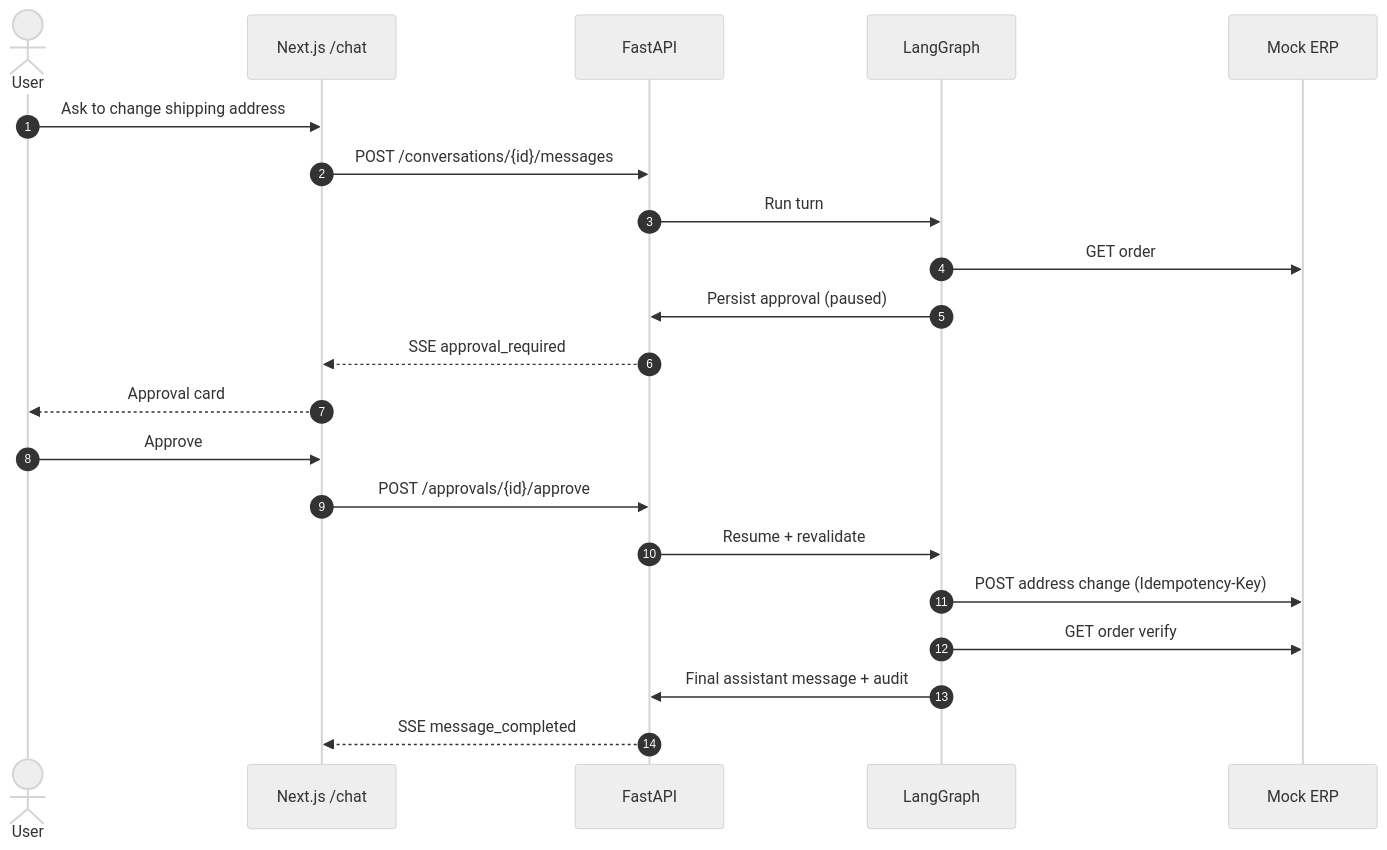
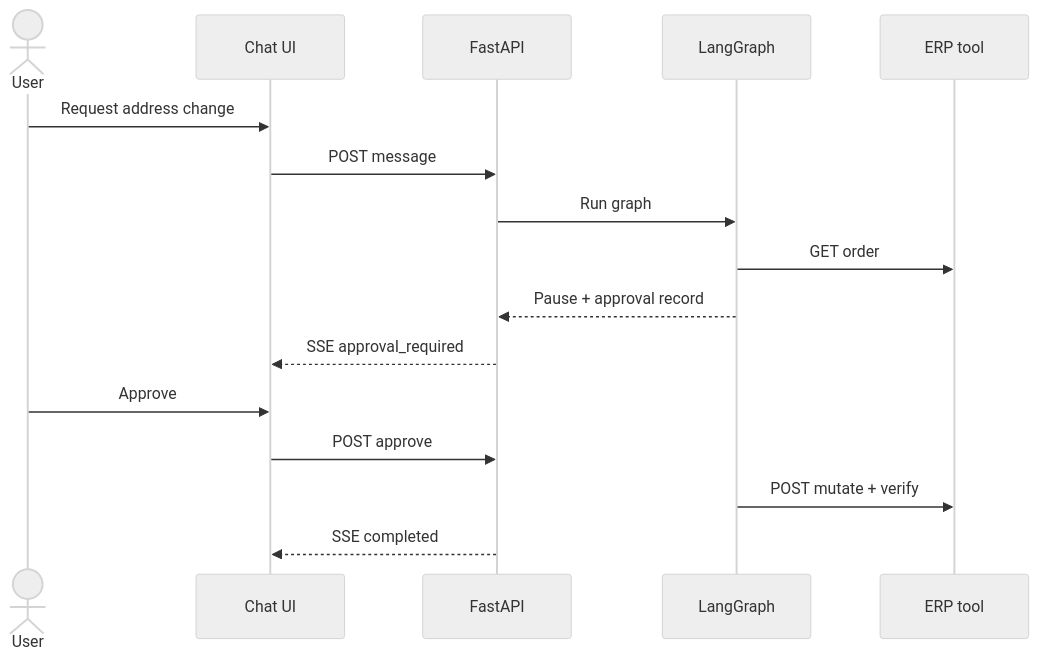
The third of 9 diagrams in README.md (nikhilmaguwala/enterprise-ai-agent), drawn with Mermaid (neutral theme) before and after one commit. The commit also changed other lines of this file, not shown here.

````diff
--- a/README.md
+++ b/README.md
@@ -147,24 +202,19 @@
 ```mermaid
 sequenceDiagram
-  autonumber
   actor User
-  participant UI as Next.js /chat
+  participant UI as Chat UI
   participant API as FastAPI
   participant Graph as LangGraph
-  participant ERP as Mock ERP
+  participant ERP as ERP tool
 
-  User->>UI: Ask to change shipping address
-  UI->>API: POST /conversations/{id}/messages
-  API->>Graph: Run turn
+  User->>UI: Request address change
+  UI->>API: POST message
+  API->>Graph: Run graph
   Graph->>ERP: GET order
-  Graph->>API: Persist approval (paused)
+  Graph-->>API: Pause + approval record
   API-->>UI: SSE approval_required
-  UI-->>User: Approval card
   User->>UI: Approve
-  UI->>API: POST /approvals/{id}/approve
-  API->>Graph: Resume + revalidate
-  Graph->>ERP: POST address change (Idempotency-Key)
-  Graph->>ERP: GET order verify
-  Graph->>API: Final assistant message + audit
-  API-->>UI: SSE message_completed
+  UI->>API: POST approve
+  Graph->>ERP: POST mutate + verify
+  API-->>UI: SSE completed
 ```
````
